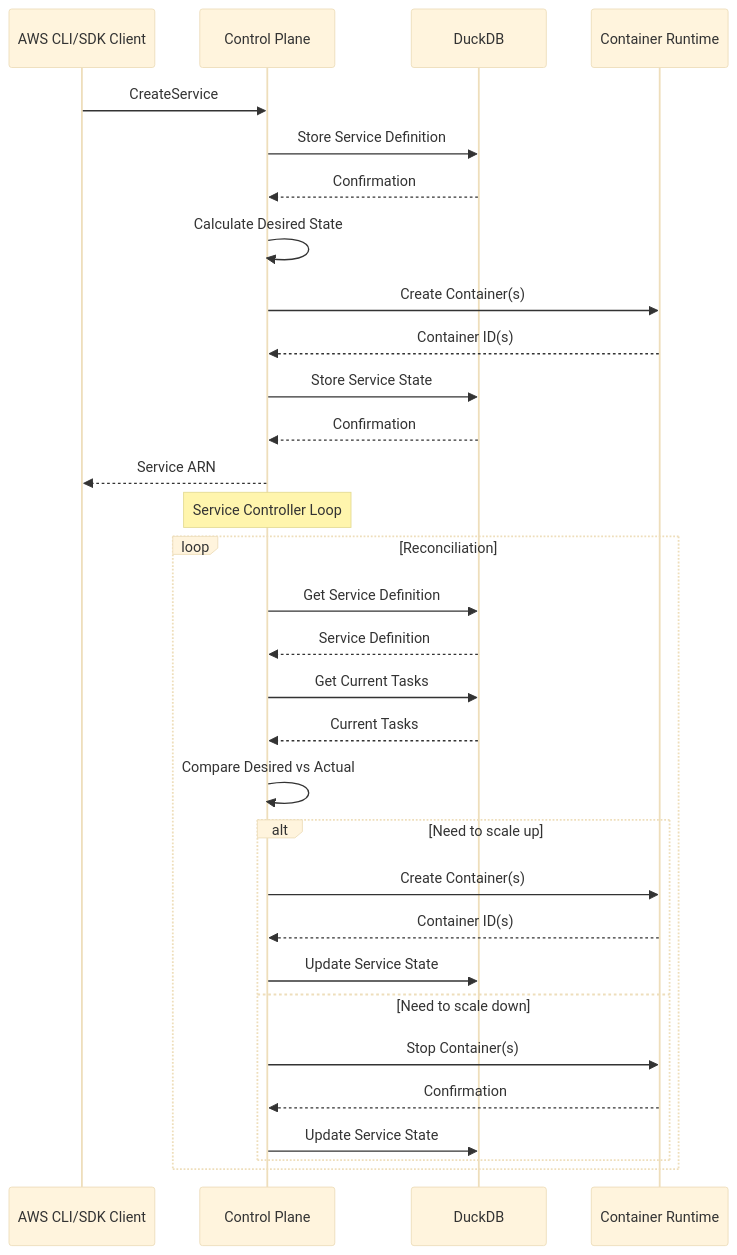
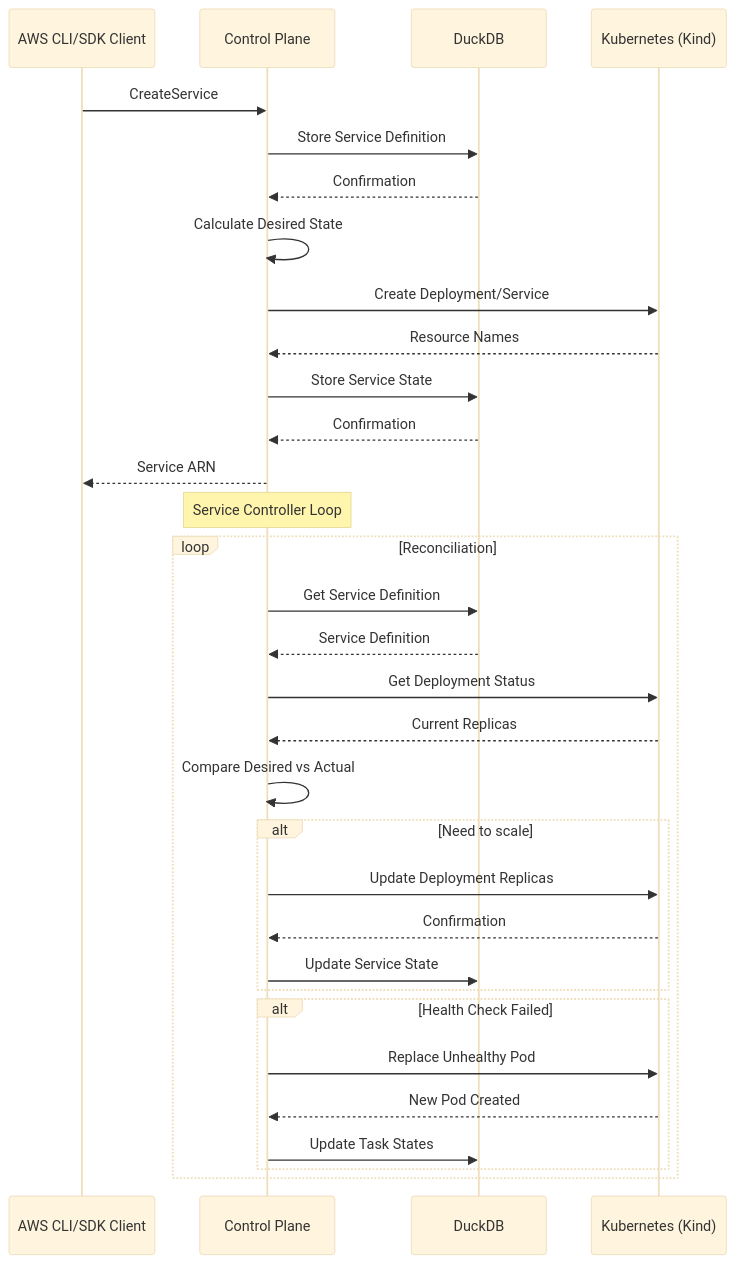
The fourth of 4 diagrams in docs/adr/records/0002-architecture.md (nandemo-ya/kecs), drawn with Mermaid (base theme) before and after one commit. The commit also changed other lines of this file, not shown here.

First line of the commit message:
Update architecture to use Kubernetes (kind) as exclusive container runtime

````diff
--- a/docs/adr/records/0002-architecture.md
+++ b/docs/adr/records/0002-architecture.md
@@ -109,35 +124,36 @@
 ```mermaid
 sequenceDiagram
     participant Client as AWS CLI/SDK Client
     participant CP as Control Plane
     participant DB as DuckDB
-    participant Runtime as Container Runtime
+    participant K8s as Kubernetes (Kind)
     
     Client->>CP: CreateService
     CP->>DB: Store Service Definition
     DB-->>CP: Confirmation
     CP->>CP: Calculate Desired State
-    CP->>Runtime: Create Container(s)
-    Runtime-->>CP: Container ID(s)
+    CP->>K8s: Create Deployment/Service
+    K8s-->>CP: Resource Names
     CP->>DB: Store Service State
     DB-->>CP: Confirmation
     CP-->>Client: Service ARN
     
     Note over CP: Service Controller Loop
     loop Reconciliation
         CP->>DB: Get Service Definition
         DB-->>CP: Service Definition
-        CP->>DB: Get Current Tasks
-        DB-->>CP: Current Tasks
+        CP->>K8s: Get Deployment Status
+        K8s-->>CP: Current Replicas
         CP->>CP: Compare Desired vs Actual
-        alt Need to scale up
-            CP->>Runtime: Create Container(s)
-            Runtime-->>CP: Container ID(s)
+        alt Need to scale
+            CP->>K8s: Update Deployment Replicas
+            K8s-->>CP: Confirmation
             CP->>DB: Update Service State
-        else Need to scale down
-            CP->>Runtime: Stop Container(s)
-            Runtime-->>CP: Confirmation
-            CP->>DB: Update Service State
+        end
+        alt Health Check Failed
+            CP->>K8s: Replace Unhealthy Pod
+            K8s-->>CP: New Pod Created
+            CP->>DB: Update Task States
         end
     end
 ```
````
